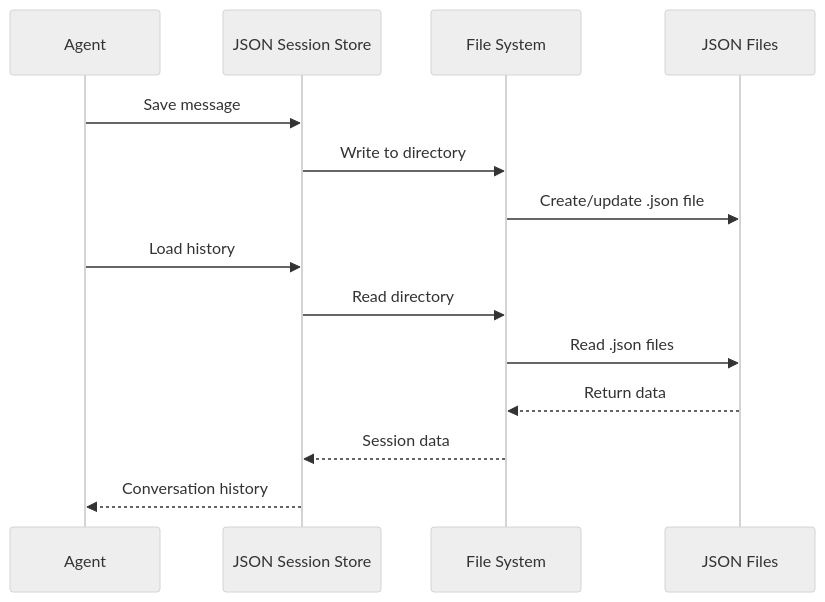
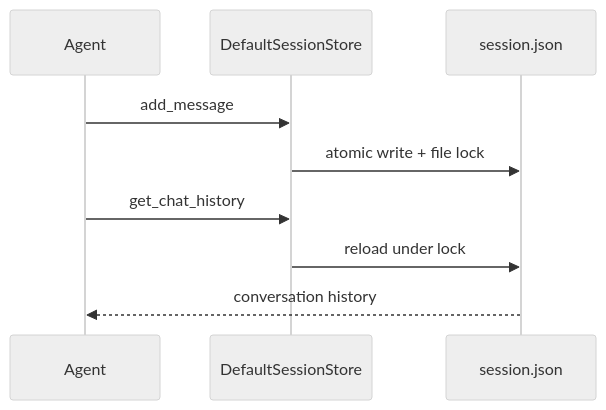
Before and after one commit to MervinPraison/PraisonAIDocs: the second of 2 diagrams in docs/features/persistence-json.mdx, drawn with Mermaid (neutral theme). The commit also changed other lines of this file and 4 other files, not shown here.

````diff
--- a/docs/features/persistence-json.mdx
+++ b/docs/features/persistence-json.mdx
@@ -73,17 +77,12 @@
 ```mermaid
 sequenceDiagram
     participant Agent
-    participant SessionStore as JSON Session Store
-    participant FileSystem as File System
-    participant JSON as JSON Files
-    
-    Agent->>SessionStore: Save message
-    SessionStore->>FileSystem: Write to directory
-    FileSystem->>JSON: Create/update .json file
-    Agent->>SessionStore: Load history
-    SessionStore->>FileSystem: Read directory
-    FileSystem->>JSON: Read .json files
-    JSON-->>FileSystem: Return data
-    FileSystem-->>SessionStore: Session data
-    SessionStore-->>Agent: Conversation history
+    participant Store as DefaultSessionStore
+    participant File as session.json
+
+    Agent->>Store: add_message
+    Store->>File: atomic write + file lock
+    Agent->>Store: get_chat_history
+    Store->>File: reload under lock
+    File-->>Agent: conversation history
 ```
````
